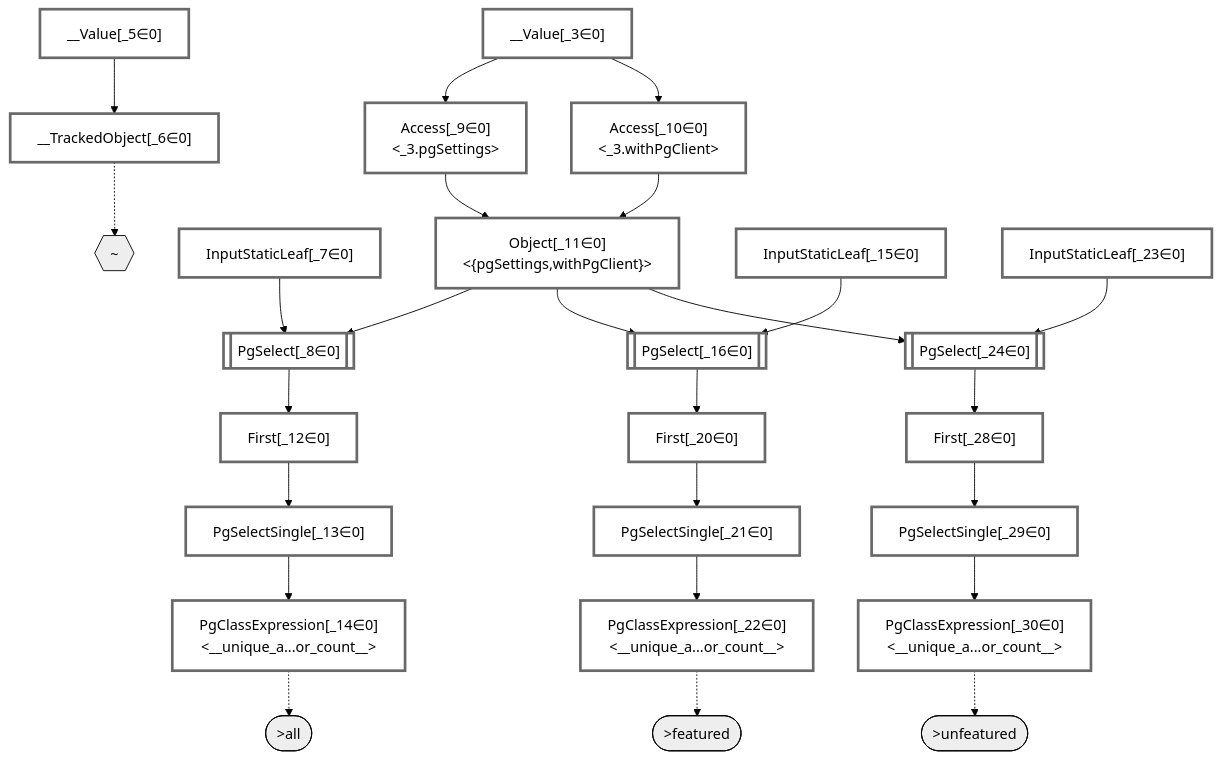
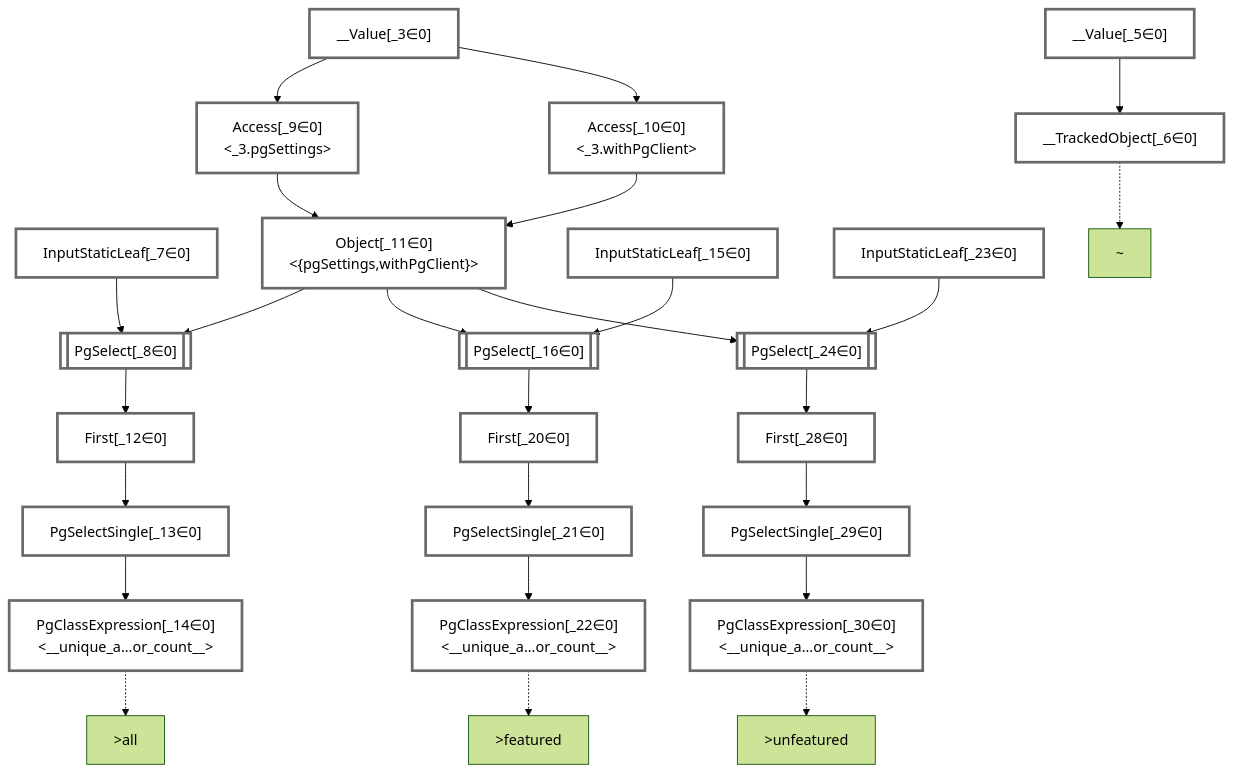
The diagram in packages/dataplan-pg/__tests__/queries/functions/custom-query-scalar.mermaid.md (graphile/crystal), drawn with Mermaid (forest theme) before and after one commit. The commit also changed 195 other files, not shown here.

````diff
--- a/packages/dataplan-pg/__tests__/queries/functions/custom-query-scalar.mermaid.md
+++ b/packages/dataplan-pg/__tests__/queries/functions/custom-query-scalar.mermaid.md
@@ -1,73 +1,68 @@
 ```mermaid
 graph TD
     classDef path fill:#eee,stroke:#000,color:#000
     classDef plan fill:#fff,stroke-width:3px,color:#000
     classDef itemplan fill:#fff,stroke-width:6px,color:#000
     classDef sideeffectplan fill:#f00,stroke-width:6px,color:#000
     classDef bucket fill:#f6f6f6,color:#000,stroke-width:6px
 
-    %% subgraph fields
-    P1{{"~"}}:::path
-    P2([">all"]):::path
-    %% P1 -.-> P2
-    P3([">featured"]):::path
-    %% P1 -.-> P3
-    P4([">unfeatured"]):::path
-    %% P1 -.-> P4
-    %% end
 
     %% define plans
     __Value_3["__Value[_3∈0]<br /><context>"]:::plan
     __Value_5["__Value[_5∈0]<br /><rootValue>"]:::plan
     __TrackedObject_6["__TrackedObject[_6∈0]"]:::plan
     InputStaticLeaf_7["InputStaticLeaf[_7∈0]"]:::plan
     PgSelect_8[["PgSelect[_8∈0]<br /><unique_author_count>"]]:::plan
     Access_9["Access[_9∈0]<br /><_3.pgSettings>"]:::plan
     Access_10["Access[_10∈0]<br /><_3.withPgClient>"]:::plan
     Object_11["Object[_11∈0]<br /><{pgSettings,withPgClient}>"]:::plan
     First_12["First[_12∈0]"]:::plan
     PgSelectSingle_13["PgSelectSingle[_13∈0]<br /><unique_author_count>"]:::plan
     PgClassExpression_14["PgClassExpression[_14∈0]<br /><__unique_a...or_count__>"]:::plan
     InputStaticLeaf_15["InputStaticLeaf[_15∈0]"]:::plan
     PgSelect_16[["PgSelect[_16∈0]<br /><unique_author_count>"]]:::plan
     First_20["First[_20∈0]"]:::plan
     PgSelectSingle_21["PgSelectSingle[_21∈0]<br /><unique_author_count>"]:::plan
     PgClassExpression_22["PgClassExpression[_22∈0]<br /><__unique_a...or_count__>"]:::plan
     InputStaticLeaf_23["InputStaticLeaf[_23∈0]"]:::plan
     PgSelect_24[["PgSelect[_24∈0]<br /><unique_author_count>"]]:::plan
     First_28["First[_28∈0]"]:::plan
     PgSelectSingle_29["PgSelectSingle[_29∈0]<br /><unique_author_count>"]:::plan
     PgClassExpression_30["PgClassExpression[_30∈0]<br /><__unique_a...or_count__>"]:::plan
 
     %% plan dependencies
     __Value_5 --> __TrackedObject_6
     Object_11 --> PgSelect_8
     InputStaticLeaf_7 --> PgSelect_8
     __Value_3 --> Access_9
     __Value_3 --> Access_10
     Access_9 --> Object_11
     Access_10 --> Object_11
     PgSelect_8 --> First_12
     First_12 --> PgSelectSingle_13
     PgSelectSingle_13 --> PgClassExpression_14
     Object_11 --> PgSelect_16
     InputStaticLeaf_15 --> PgSelect_16
     PgSelect_16 --> First_20
     First_20 --> PgSelectSingle_21
     PgSelectSingle_21 --> PgClassExpression_22
     Object_11 --> PgSelect_24
     InputStaticLeaf_23 --> PgSelect_24
     PgSelect_24 --> First_28
     First_28 --> PgSelectSingle_29
     PgSelectSingle_29 --> PgClassExpression_30
 
     %% plan-to-path relationships
+    P1["~"]
     __TrackedObject_6 -.-> P1
+    P2[">all"]
     PgClassExpression_14 -.-> P2
+    P3[">featured"]
     PgClassExpression_22 -.-> P3
+    P4[">unfeatured"]
     PgClassExpression_30 -.-> P4
 
     %% allocate buckets
     classDef bucket0 stroke:#696969
     class __Value_3,__Value_5,__TrackedObject_6,InputStaticLeaf_7,PgSelect_8,Access_9,Access_10,Object_11,First_12,PgSelectSingle_13,PgClassExpression_14,InputStaticLeaf_15,PgSelect_16,First_20,PgSelectSingle_21,PgClassExpression_22,InputStaticLeaf_23,PgSelect_24,First_28,PgSelectSingle_29,PgClassExpression_30 bucket0
 ```
````
